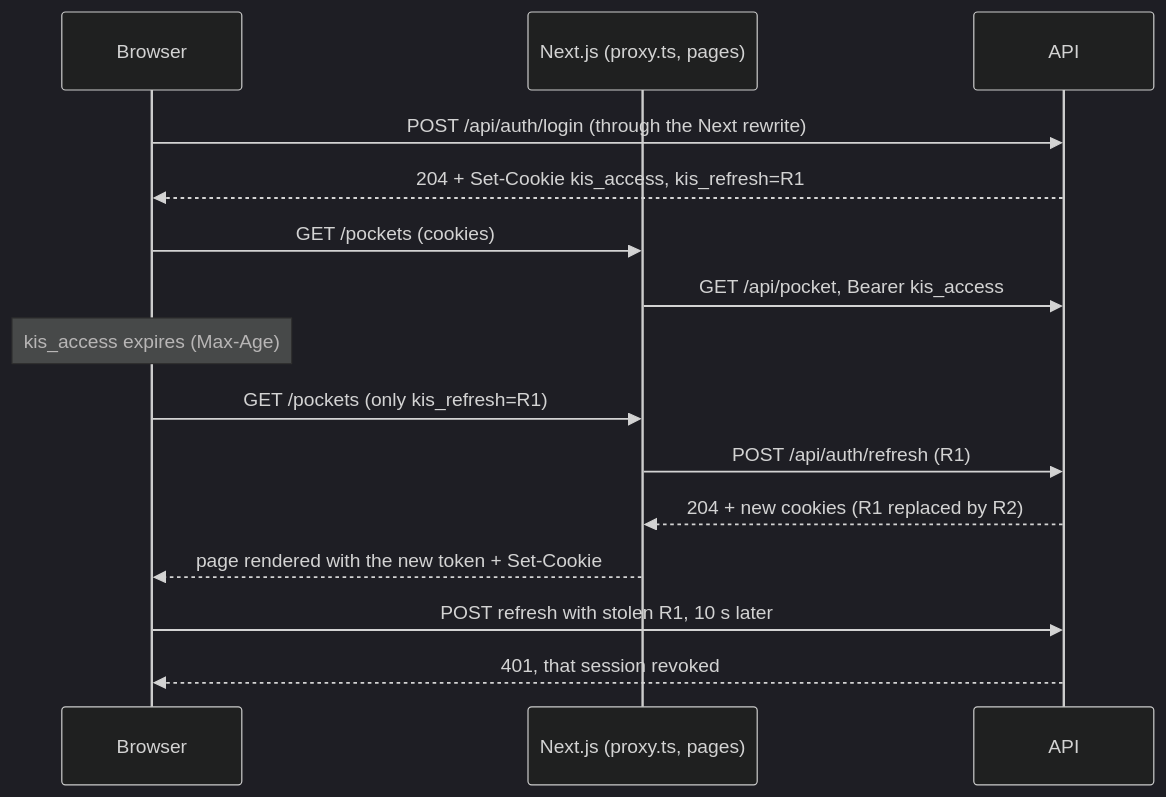
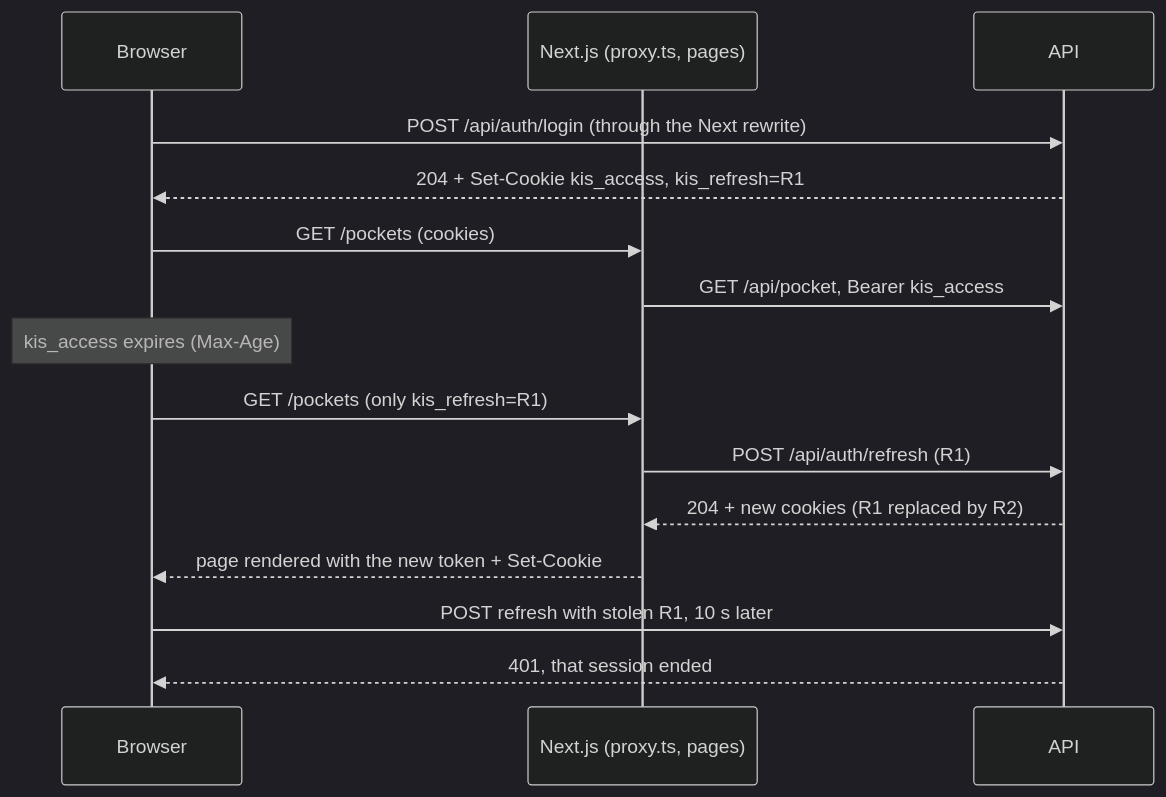
One commit to NotThaDev/KeepItSimple changed the diagram in backend/docs/Accounts.md. Above: the diagram before and after it, drawn with Mermaid (dark theme). The commit also changed other lines of this file and 1 other file, not shown here.

Commit message:
Delete a session's refresh rows when it ends; RevokedAt only marks rotation (#149)

````diff
--- a/backend/docs/Accounts.md
+++ b/backend/docs/Accounts.md
@@ -32,17 +32,17 @@
 ```mermaid
 sequenceDiagram
   participant Browser
   participant Next as Next.js (proxy.ts, pages)
   participant API
   Browser->>API: POST /api/auth/login (through the Next rewrite)
   API-->>Browser: 204 + Set-Cookie kis_access, kis_refresh=R1
   Browser->>Next: GET /pockets (cookies)
   Next->>API: GET /api/pocket, Bearer kis_access
   Note over Browser: kis_access expires (Max-Age)
   Browser->>Next: GET /pockets (only kis_refresh=R1)
   Next->>API: POST /api/auth/refresh (R1)
   API-->>Next: 204 + new cookies (R1 replaced by R2)
   Next-->>Browser: page rendered with the new token + Set-Cookie
   Browser->>API: POST refresh with stolen R1, 10 s later
-  API-->>Browser: 401, that session revoked
+  API-->>Browser: 401, that session ended
 ```
````
